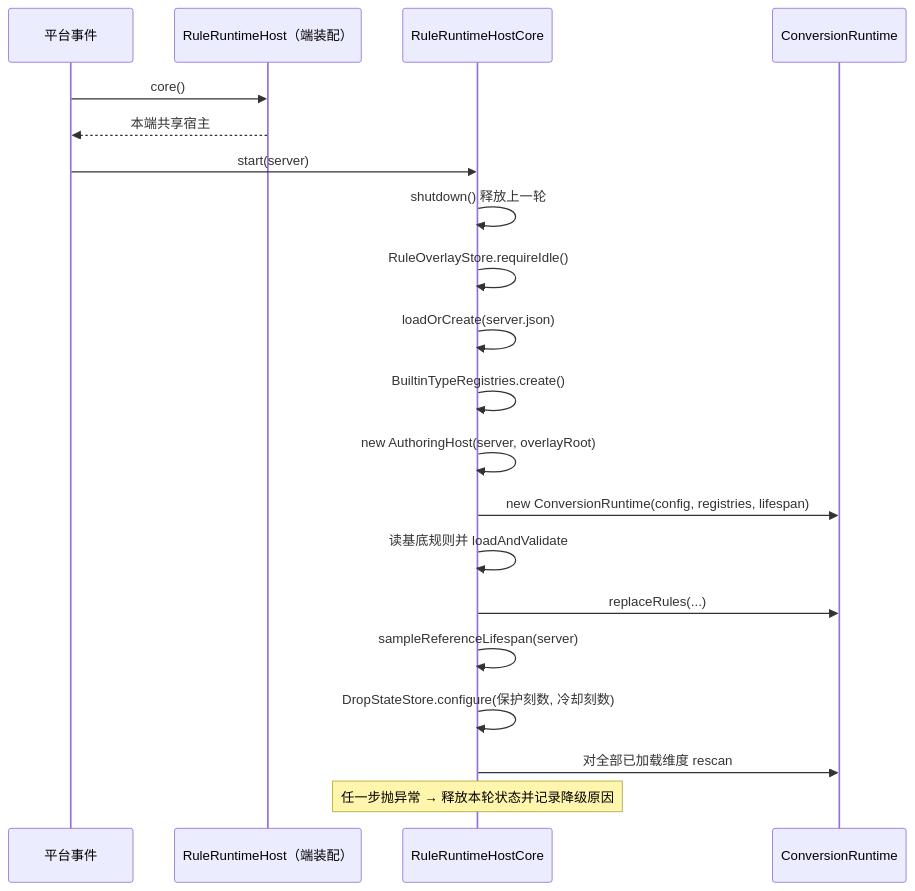
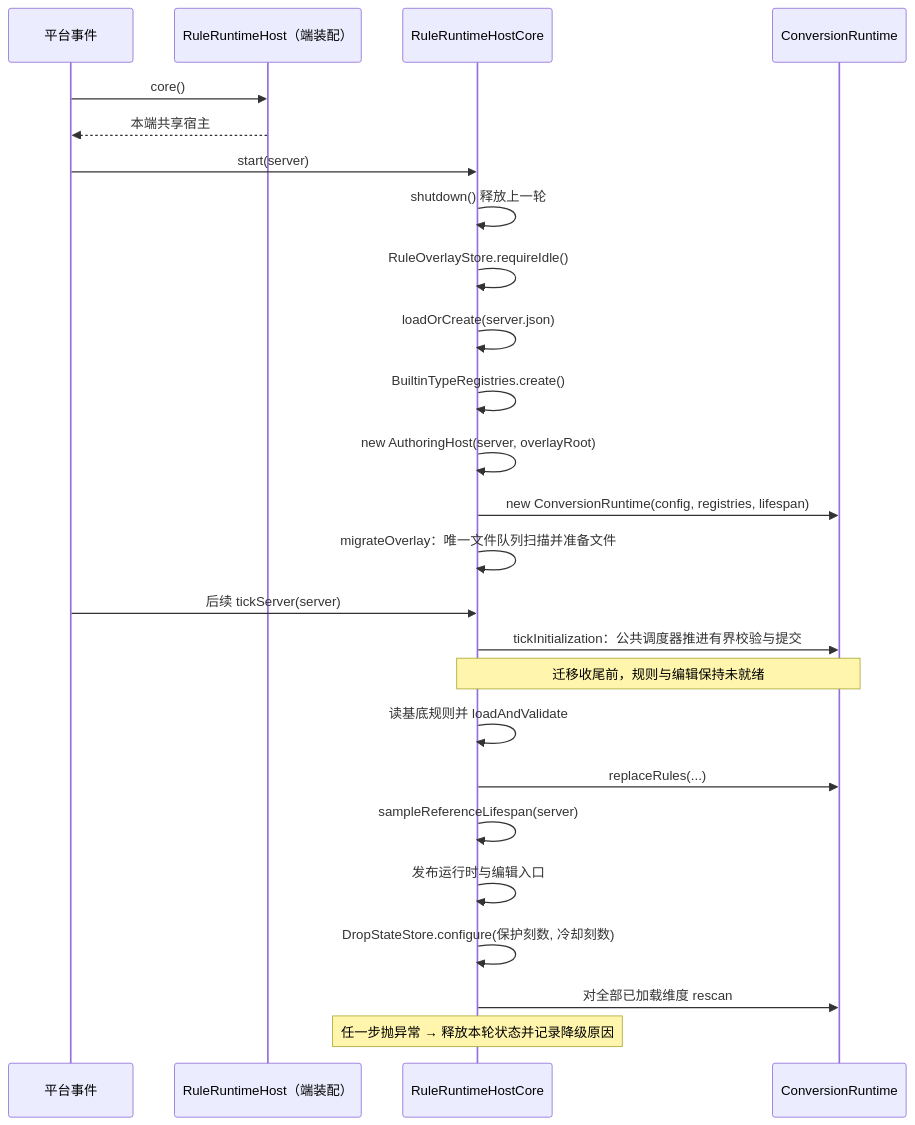
Before and after one commit to meteoritel/item-despawn-to-what: the second of 3 diagrams in docs/modules/platform.md, drawn with Mermaid. The commit also changed other lines of this file and 40 other files, not shown here.

````diff
--- a/docs/modules/platform.md
+++ b/docs/modules/platform.md
@@ -112,22 +112,27 @@
 ```mermaid
 sequenceDiagram
     participant P as 平台事件
     participant H as RuleRuntimeHost（端装配）
     participant C as RuleRuntimeHostCore
     participant R as ConversionRuntime
     P->>H: core()
     H-->>P: 本端共享宿主
     P->>C: start(server)
     C->>C: shutdown() 释放上一轮
     C->>C: RuleOverlayStore.requireIdle()
     C->>C: loadOrCreate(server.json)
     C->>C: BuiltinTypeRegistries.create()
     C->>C: new AuthoringHost(server, overlayRoot)
     C->>R: new ConversionRuntime(config, registries, lifespan)
+    C->>C: migrateOverlay：唯一文件队列扫描并准备文件
+    P->>C: 后续 tickServer(server)
+    C->>R: tickInitialization：公共调度器推进有界校验与提交
+    Note over C,R: 迁移收尾前，规则与编辑保持未就绪
     C->>C: 读基底规则并 loadAndValidate
     C->>R: replaceRules(...)
     C->>C: sampleReferenceLifespan(server)
+    C->>C: 发布运行时与编辑入口
     C->>C: DropStateStore.configure(保护刻数, 冷却刻数)
     C->>R: 对全部已加载维度 rescan
     Note over C: 任一步抛异常 → 释放本轮状态并记录降级原因
 ```
````
